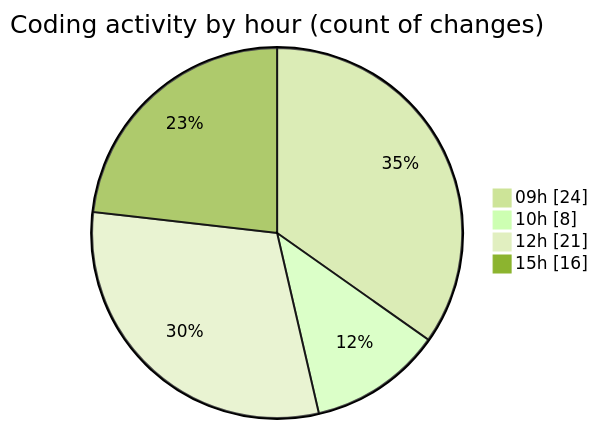
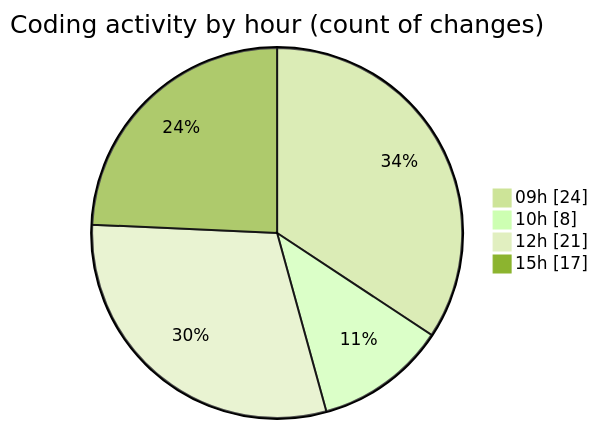
Before and after one commit to lephambinh05/code-tracking: the second of 2 diagrams in 2025-08-18/rentotp/README.md, drawn with Mermaid (forest theme). The commit also changed other lines of this file and 1 other file, not shown here.

````diff
--- a/2025-08-18/rentotp/README.md
+++ b/2025-08-18/rentotp/README.md
@@ -57,8 +57,8 @@
 ```mermaid
 pie showData
 title Coding activity by hour (count of changes)
 "09h" : 24
 "10h" : 8
 "12h" : 21
-"15h" : 16
+"15h" : 17
 ```
````
